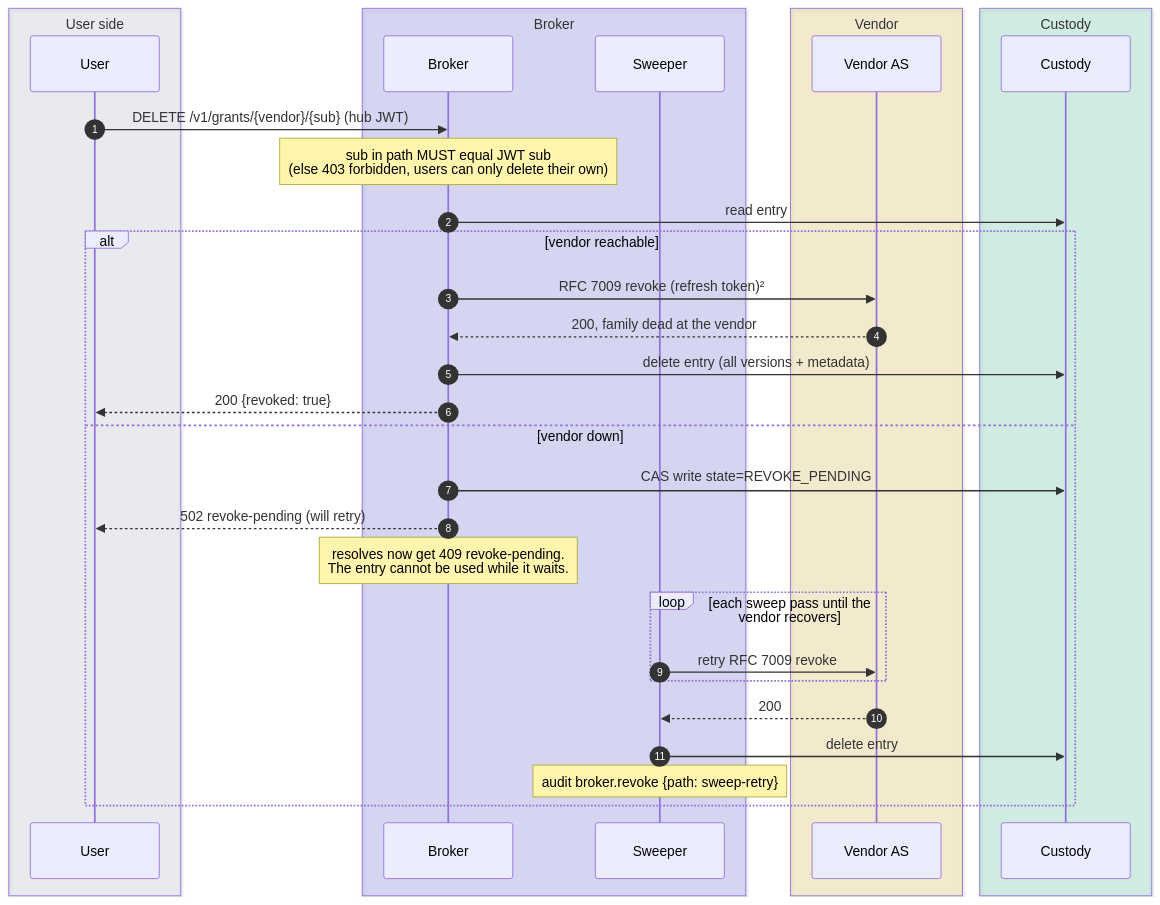
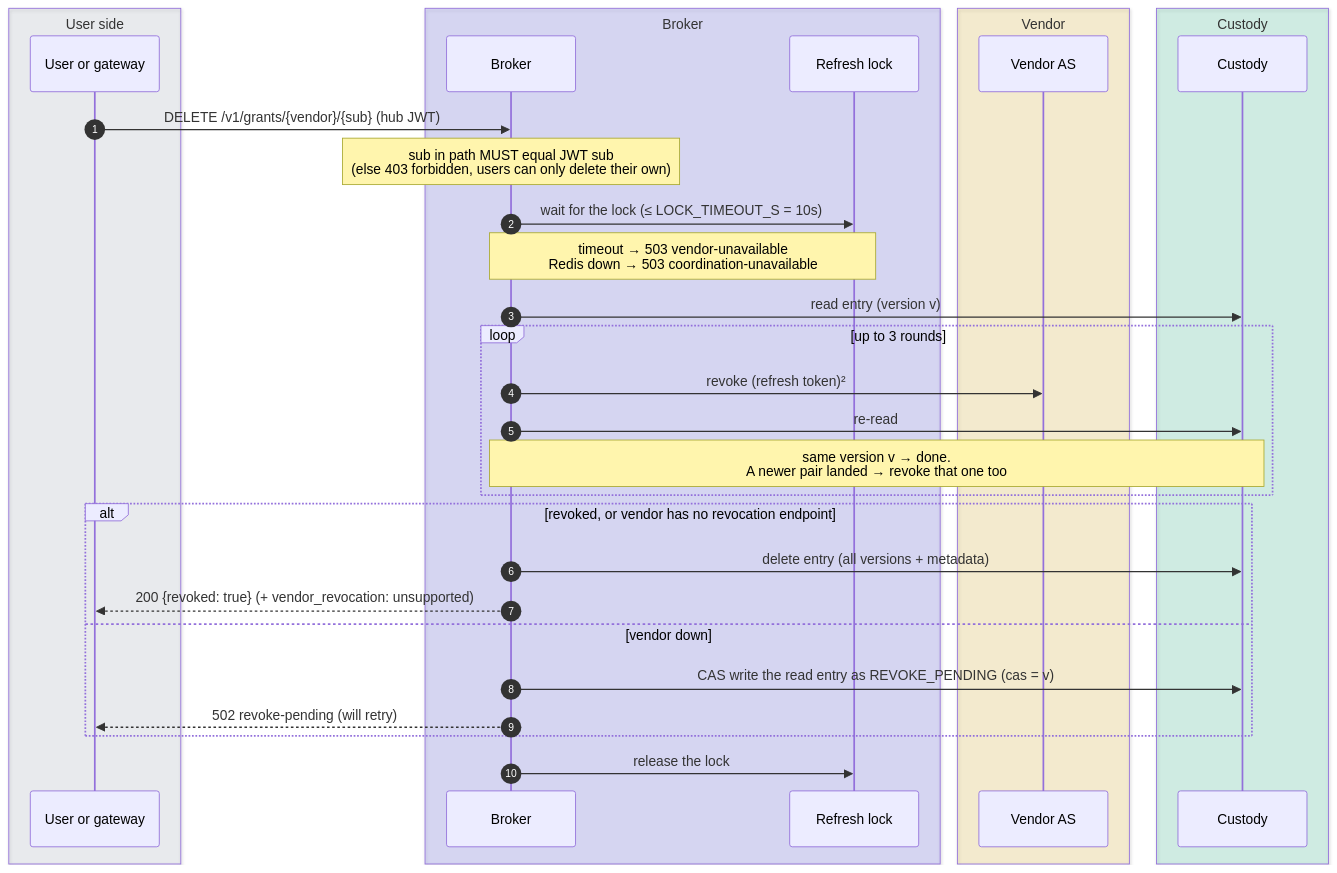
The ninth of 11 diagrams in docs/token-lifecycle.md (chief-builder/vendor-token-broker), drawn with Mermaid before and after one commit. The commit also changed other lines of this file and 26 other files, not shown here.

````diff
--- a/docs/token-lifecycle.md
+++ b/docs/token-lifecycle.md
@@ -436,37 +499,36 @@
 ```mermaid
 sequenceDiagram
     autonumber
     box rgba(148,163,184,0.14) User side
-        participant U as User
+        participant U as User or gateway
     end
     box rgba(99,102,241,0.20) Broker
         participant B as Broker
-        participant S as Sweeper
+        participant L as Refresh lock
     end
     box rgba(234,179,8,0.16) Vendor
         participant V as Vendor AS
     end
     box rgba(16,185,129,0.16) Custody
         participant K as Custody
     end
 
     U->>B: DELETE /v1/grants/{vendor}/{sub} (hub JWT)
     Note over B: sub in path MUST equal JWT sub<br/>(else 403 forbidden, users can only delete their own)
-    B->>K: read entry
-    alt vendor reachable
-        B->>V: RFC 7009 revoke (refresh token)²
-        V-->>B: 200, family dead at the vendor
+    B->>L: wait for the lock (≤ LOCK_TIMEOUT_S = 10s)
+    Note over B,L: timeout → 503 vendor-unavailable<br/>Redis down → 503 coordination-unavailable
+    B->>K: read entry (version v)
+    loop up to 3 rounds
+        B->>V: revoke (refresh token)²
+        B->>K: re-read
+        Note over B,K: same version v → done.<br/>A newer pair landed → revoke that one too
+    end
+    alt revoked, or vendor has no revocation endpoint
         B->>K: delete entry (all versions + metadata)
-        B-->>U: 200 {revoked: true}
+        B-->>U: 200 {revoked: true} (+ vendor_revocation: unsupported)
     else vendor down
-        B->>K: CAS write state=REVOKE_PENDING
+        B->>K: CAS write the read entry as REVOKE_PENDING (cas = v)
         B-->>U: 502 revoke-pending (will retry)
-        Note over B: resolves now get 409 revoke-pending.<br/>The entry cannot be used while it waits.
-        loop each sweep pass until the vendor recovers
-            S->>V: retry RFC 7009 revoke
-        end
-        V-->>S: 200
-        S->>K: delete entry
-        Note over S: audit broker.revoke {path: sweep-retry}
     end
+    B->>L: release the lock
 ```
````
